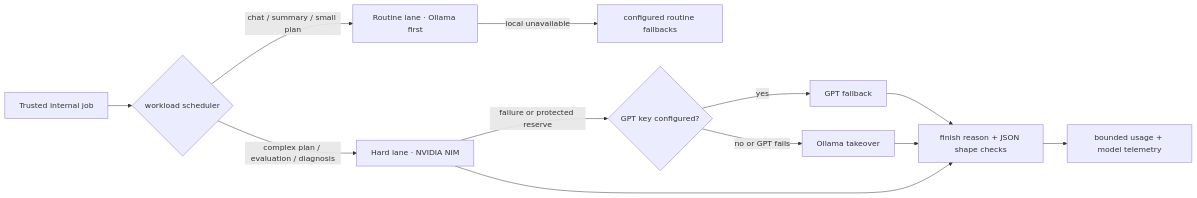
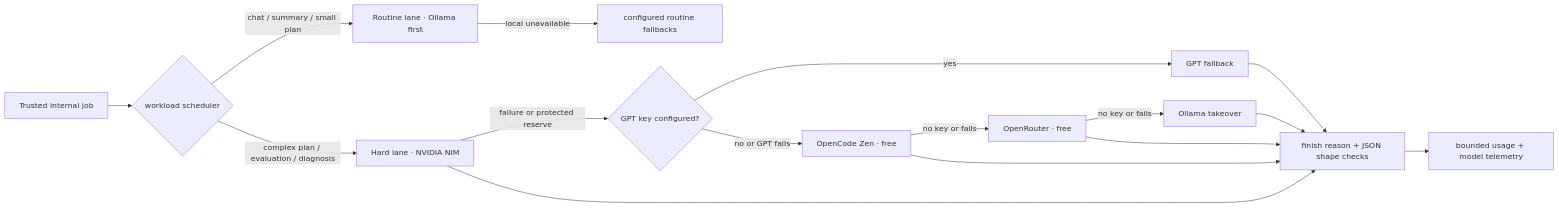
One commit to Qynl/Nexofficial changed the second of 2 diagrams in README.md. Above: the diagram before and after it, drawn with Mermaid. The commit also changed other lines of this file and 15 other files, not shown here.

````diff
--- a/README.md
+++ b/README.md
@@ -987,14 +1055,18 @@
 ```mermaid
 graph LR
     J[Trusted internal job] --> T{workload scheduler}
     T -->|chat / summary / small plan| L[Routine lane · Ollama first]
     T -->|complex plan / evaluation / diagnosis| N[Hard lane · NVIDIA NIM]
     N -->|failure or protected reserve| G{GPT key configured?}
     G -->|yes| GPT[GPT fallback]
-    G -->|no or GPT fails| O[Ollama takeover]
+    G -->|no or GPT fails| Z[OpenCode Zen · free]
+    Z -->|no key or fails| OR[OpenRouter · free]
+    OR -->|no key or fails| O[Ollama takeover]
     L -->|local unavailable| RF[configured routine fallbacks]
     N --> V[finish reason + JSON shape checks]
     GPT --> V
+    Z --> V
+    OR --> V
     O --> V
     V --> U[bounded usage + model telemetry]
 ```
````
